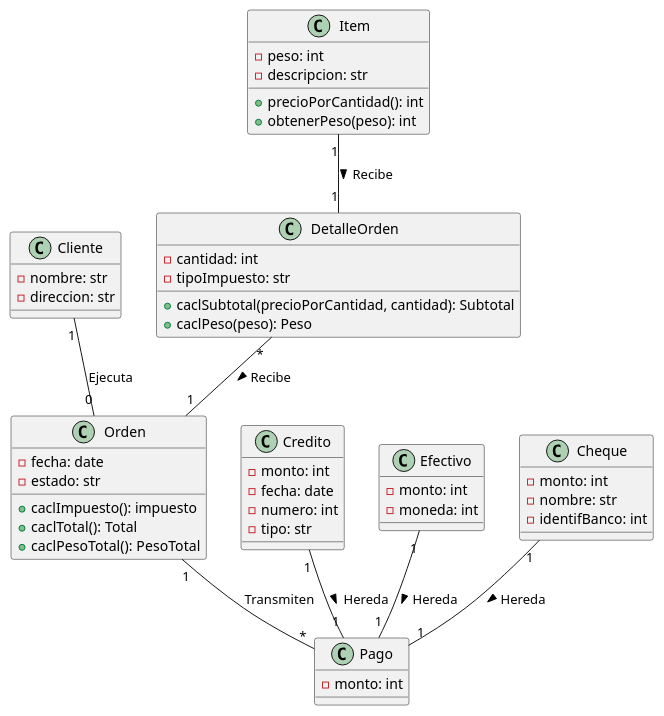
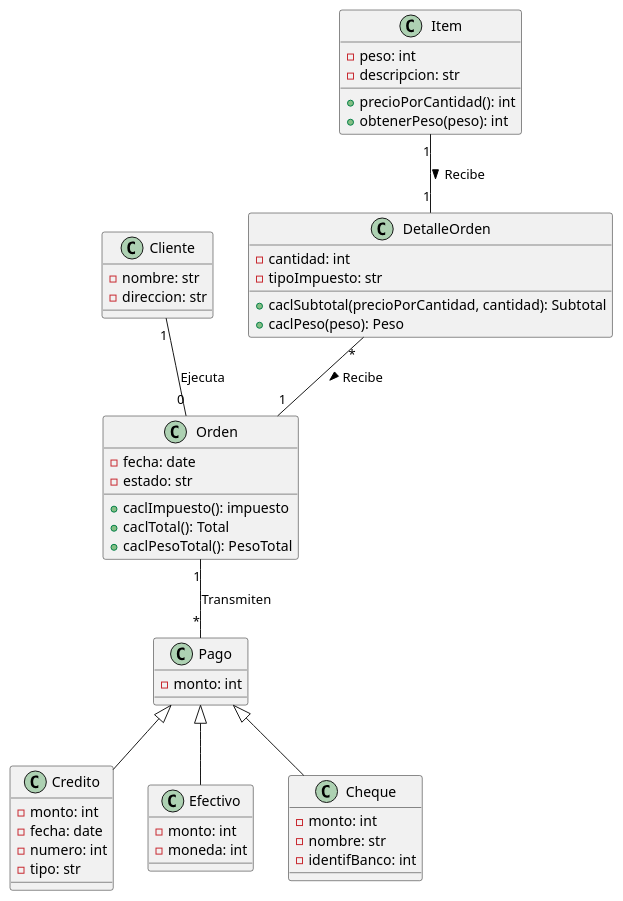
One commit to FreddyUnemi2025/Taller-1 changed the diagram in Ejercicio7/Modelo/ordenes.puml. Above: the diagram before and after it, drawn with PlantUML. The commit also changed 6 other files, not shown here.

```diff
--- a/Ejercicio7/Modelo/ordenes.puml
+++ b/Ejercicio7/Modelo/ordenes.puml
@@ -1,61 +1,60 @@
 @startuml
 
 class Cliente {
     - nombre: str
     - direccion: str
 }
 
 class Orden {
     - fecha: date
     - estado: str
     + caclImpuesto(): impuesto
     + caclTotal(): Total 
     + caclPesoTotal(): PesoTotal
 }
 
 class Pago {
     - monto: int
 }
 
 class Credito {
     - monto: int
     - fecha: date
     - numero: int
     - tipo: str
 }
 
 class Efectivo {
     - monto: int
     - moneda: int
 }
 
 class Cheque {
     - monto: int
     - nombre: str
     - identifBanco: int
 }
 
 class DetalleOrden {
     - cantidad: int
     - tipoImpuesto: str
     + caclSubtotal(precioPorCantidad, cantidad): Subtotal
     + caclPeso(peso): Peso
 }
 
 class Item {
     - peso: int
     - descripcion: str
     + precioPorCantidad(): int
     + obtenerPeso(peso): int
 }
 
-
-Cheque "1" -- "1" Pago : Hereda >
-Efectivo "1" -- "1" Pago : Hereda >
-Credito "1" -- "1" Pago : Hereda >
+Pago <|-- Cheque
+Pago <|-- Efectivo
+Pago <|-- Credito
 Orden "1" -- "*" Pago : Transmiten
 Cliente "1" -- "0" Orden : Ejecuta
 DetalleOrden "*" -- "1" Orden : Recibe >
 Item "1" -- "1" DetalleOrden: Recibe >
 
 @enduml
```
